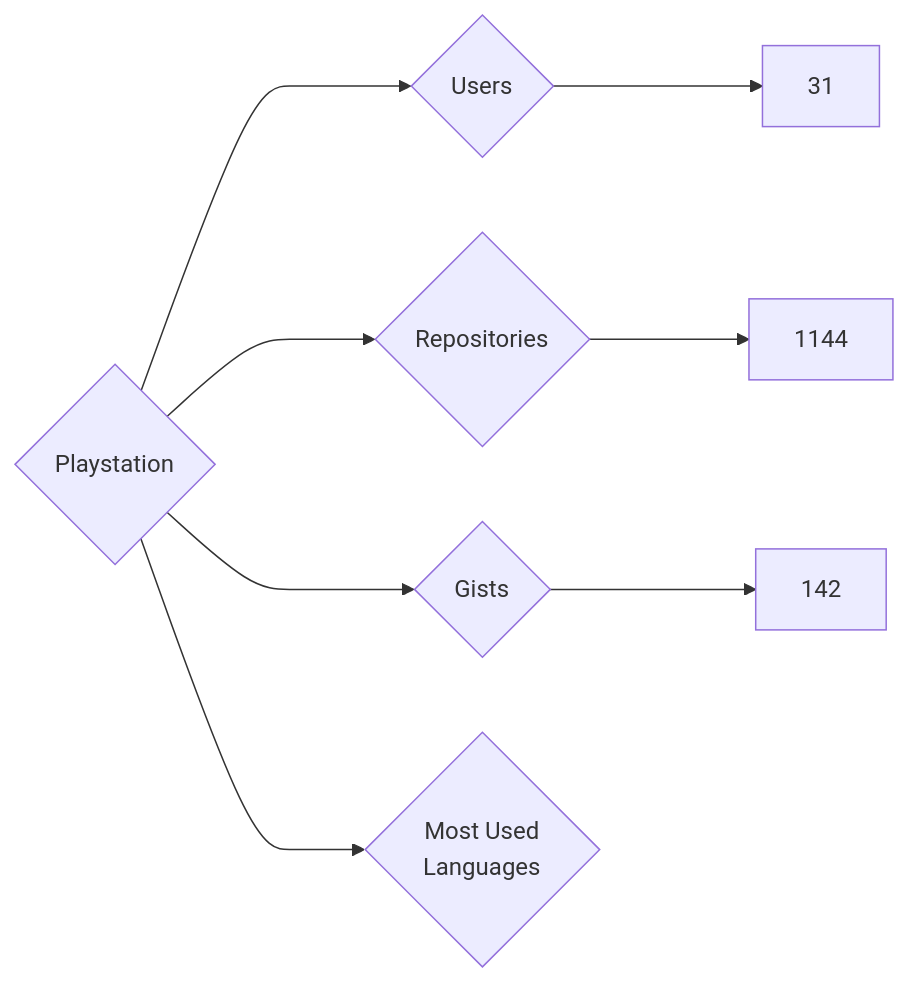
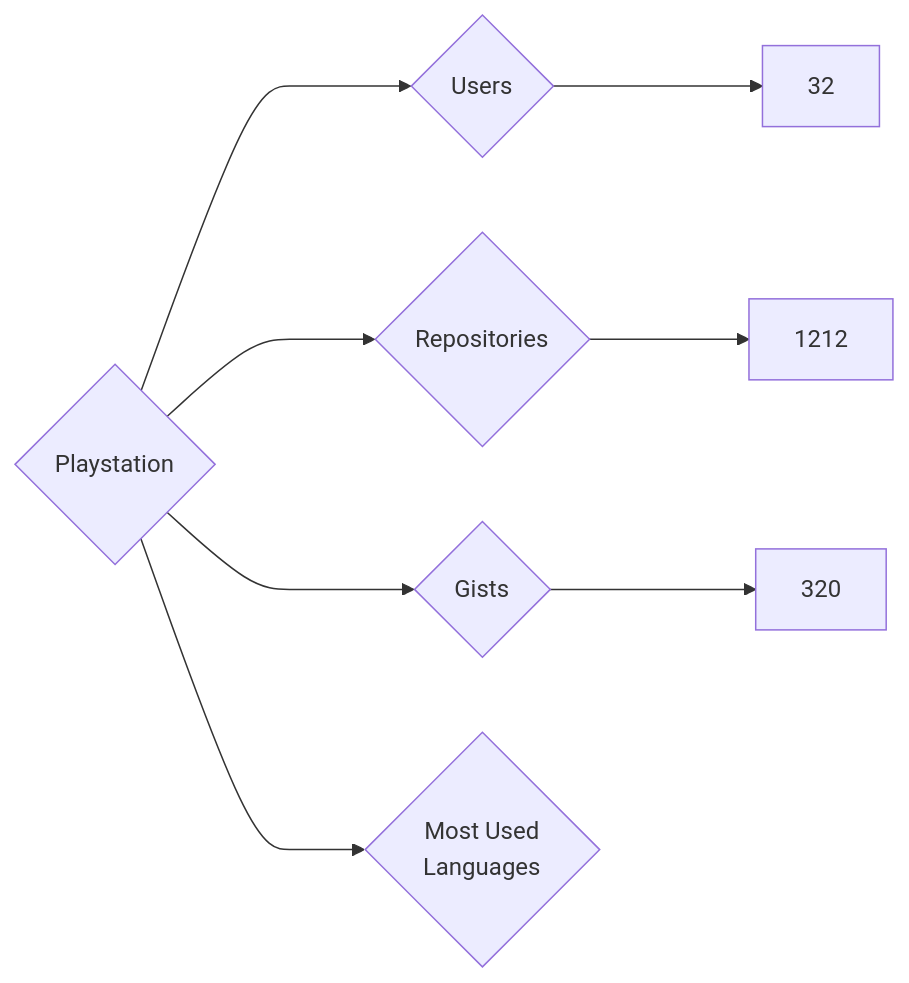
The diagram in targets/Playstation/README.md (nenadzaric/insiders), drawn with Mermaid before and after one commit. The commit also changed 1342 other files, not shown here.

````diff
--- a/targets/Playstation/README.md
+++ b/targets/Playstation/README.md
@@ -3,8 +3,8 @@
 ```mermaid
 graph LR
 COMPANY_NAME{Playstation}
-COMPANY_NAME ---> U{Users} ---> UN[31]
-COMPANY_NAME ---> R{Repositories} ---> RN[1144]
-COMPANY_NAME ---> G{Gists} ---> GN[142]
+COMPANY_NAME ---> U{Users} ---> UN[32]
+COMPANY_NAME ---> R{Repositories} ---> RN[1212]
+COMPANY_NAME ---> G{Gists} ---> GN[320]
 COMPANY_NAME ---> ML{Most Used<br>Languages}
 ```
````
